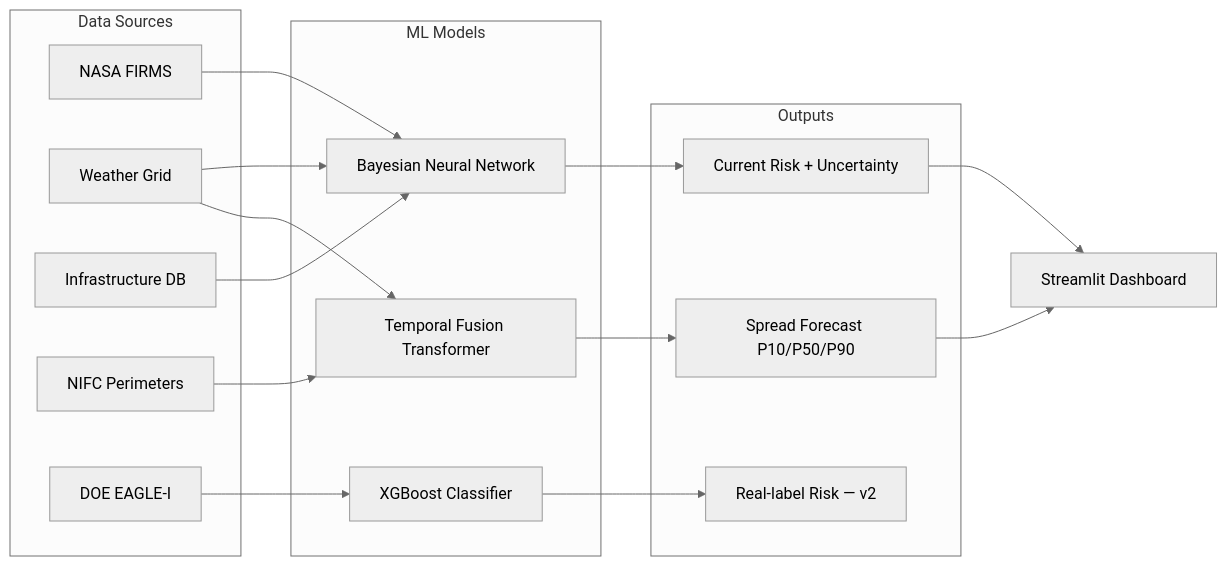
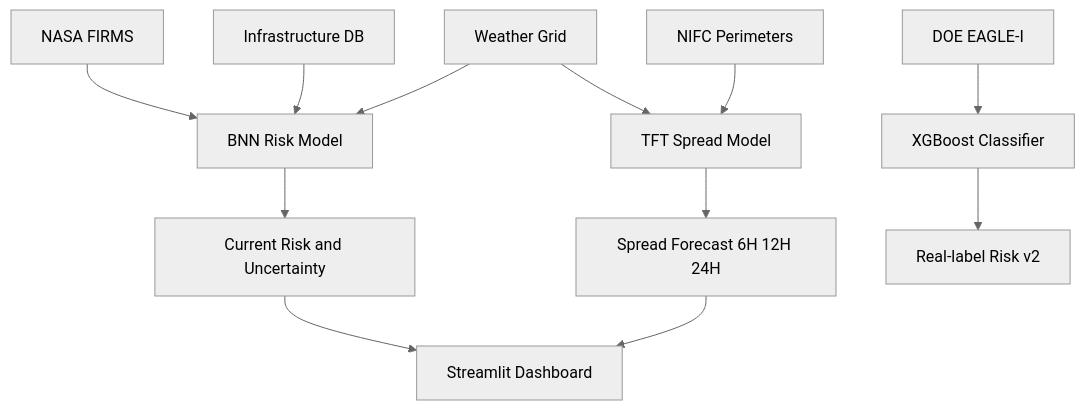
The diagram in README.md (Parthav-N/Prometheus-AI), drawn with Mermaid (neutral theme) before and after one commit. The commit also changed other lines of this file, not shown here.

````diff
--- a/README.md
+++ b/README.md
@@ -20,36 +20,14 @@
 ```mermaid
-flowchart LR
-    subgraph Sources["Data Sources"]
-        A[NASA FIRMS]
-        B[Weather Grid]
-        C[Infrastructure DB]
-        D[NIFC Perimeters]
-        E[DOE EAGLE-I]
-    end
-
-    subgraph Models["ML Models"]
-        BNN[Bayesian Neural Network]
-        TFT[Temporal Fusion Transformer]
-        XGB[XGBoost Classifier]
-    end
-
-    subgraph Outputs["Outputs"]
-        R[Current Risk + Uncertainty]
-        S[Spread Forecast P10/P50/P90]
-        X[Real-label Risk — v2]
-    end
-
-    A --> BNN
-    B --> BNN
-    C --> BNN
-    D --> TFT
-    B --> TFT
-    E --> XGB
-
-    BNN --> R
-    TFT --> S
-    XGB --> X
-
-    R --> Dash[Streamlit Dashboard]
-    S --> Dash
+flowchart TD
+    A[NASA FIRMS] --> M1[BNN Risk Model]
+    B[Weather Grid] --> M1
+    C[Infrastructure DB] --> M1
+    D[NIFC Perimeters] --> M2[TFT Spread Model]
+    B --> M2
+    E[DOE EAGLE-I] --> M3[XGBoost Classifier]
+    M1 --> D1[Current Risk and Uncertainty]
+    M2 --> D2[Spread Forecast 6H 12H 24H]
+    M3 --> D3[Real-label Risk v2]
+    D1 --> DB[Streamlit Dashboard]
+    D2 --> DB
 ```
````
